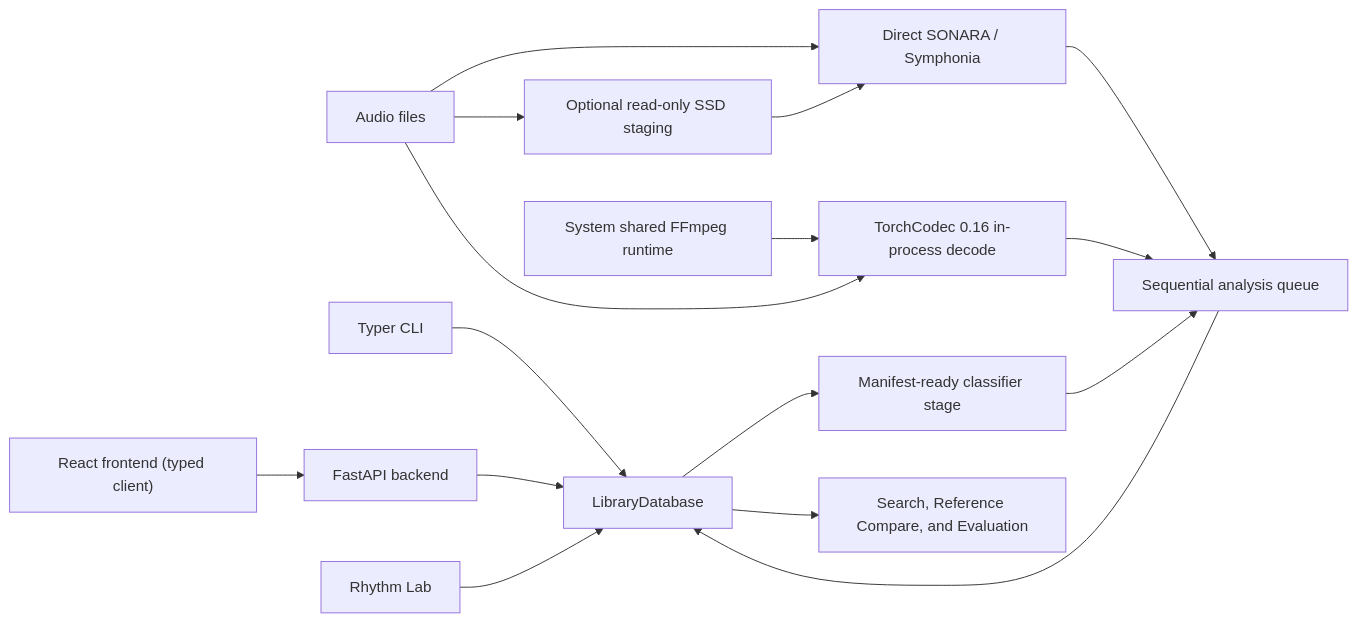
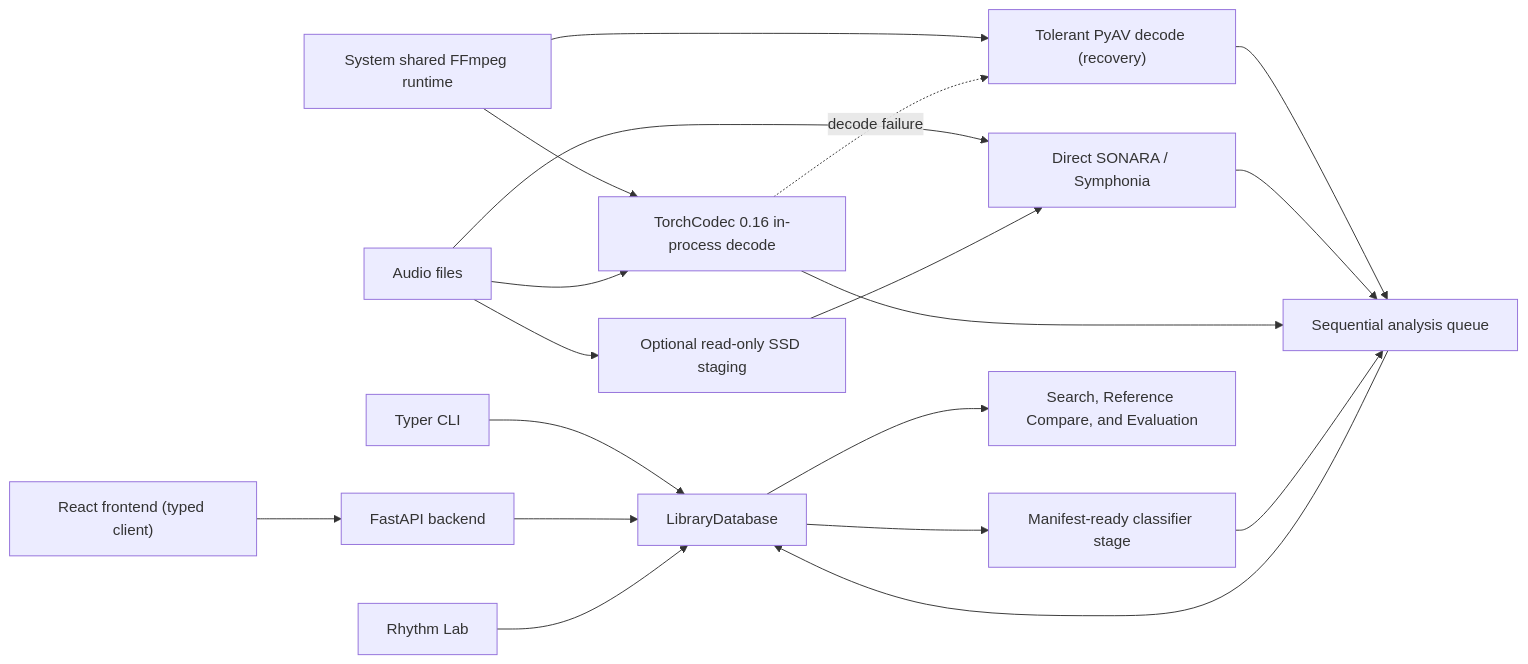
The diagram in docs/dj-track-similarity/developer/architecture.md (MeteorBurn/dj-track-similarity), drawn with Mermaid before and after one commit. The commit also changed other lines of this file and 7 other files, not shown here.

First line of the commit message:
docs: describe the tolerant PyAV recovery decode and the trimmed app log

````diff
--- a/docs/dj-track-similarity/developer/architecture.md
+++ b/docs/dj-track-similarity/developer/architecture.md
@@ -7,18 +7,21 @@
 ```mermaid
 flowchart LR
     CLI[Typer CLI] --> DB[LibraryDatabase]
     API[FastAPI backend] --> DB
     UI["React frontend (typed client)"] --> API
     Audio[Audio files] --> Sonara[Direct SONARA / Symphonia]
     Audio --> Stage[Optional read-only SSD staging]
     Stage --> Sonara
     SharedFFmpeg["System shared FFmpeg runtime"] --> TorchCodec[TorchCodec 0.16 in-process decode]
+    SharedFFmpeg --> PyAV["Tolerant PyAV decode (recovery)"]
     Audio --> TorchCodec
+    TorchCodec -. decode failure .-> PyAV
+    PyAV --> Queue
     Sonara --> Queue[Sequential analysis queue]
     TorchCodec --> Queue
     Queue --> DB
     DB --> Classifiers[Manifest-ready classifier stage]
     Classifiers --> Queue
     DB --> Search[Search, Reference Compare, and Evaluation]
     Lab[Rhythm Lab] --> DB
 ```
````
